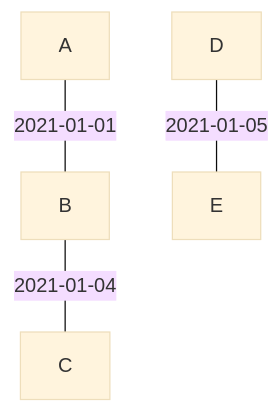
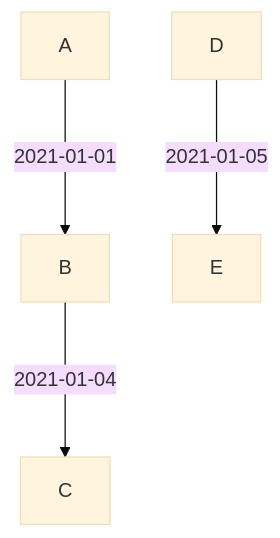
The ninth of 13 diagrams in README.md (jpmmcneill/dbt-graph-theory), drawn with Mermaid (base theme) before and after one commit. The commit also changed other lines of this file, not shown here.

Commit message:
make ordered graphs obviously ordered

````diff
--- a/README.md
+++ b/README.md
@@ -357,6 +357,6 @@
 ```mermaid
 flowchart
-  A---|2021-01-01|B
-  B---|2021-01-04|C
-  D---|2021-01-05|E
+  A--->|2021-01-01|B
+  B--->|2021-01-04|C
+  D--->|2021-01-05|E
 ```
````
